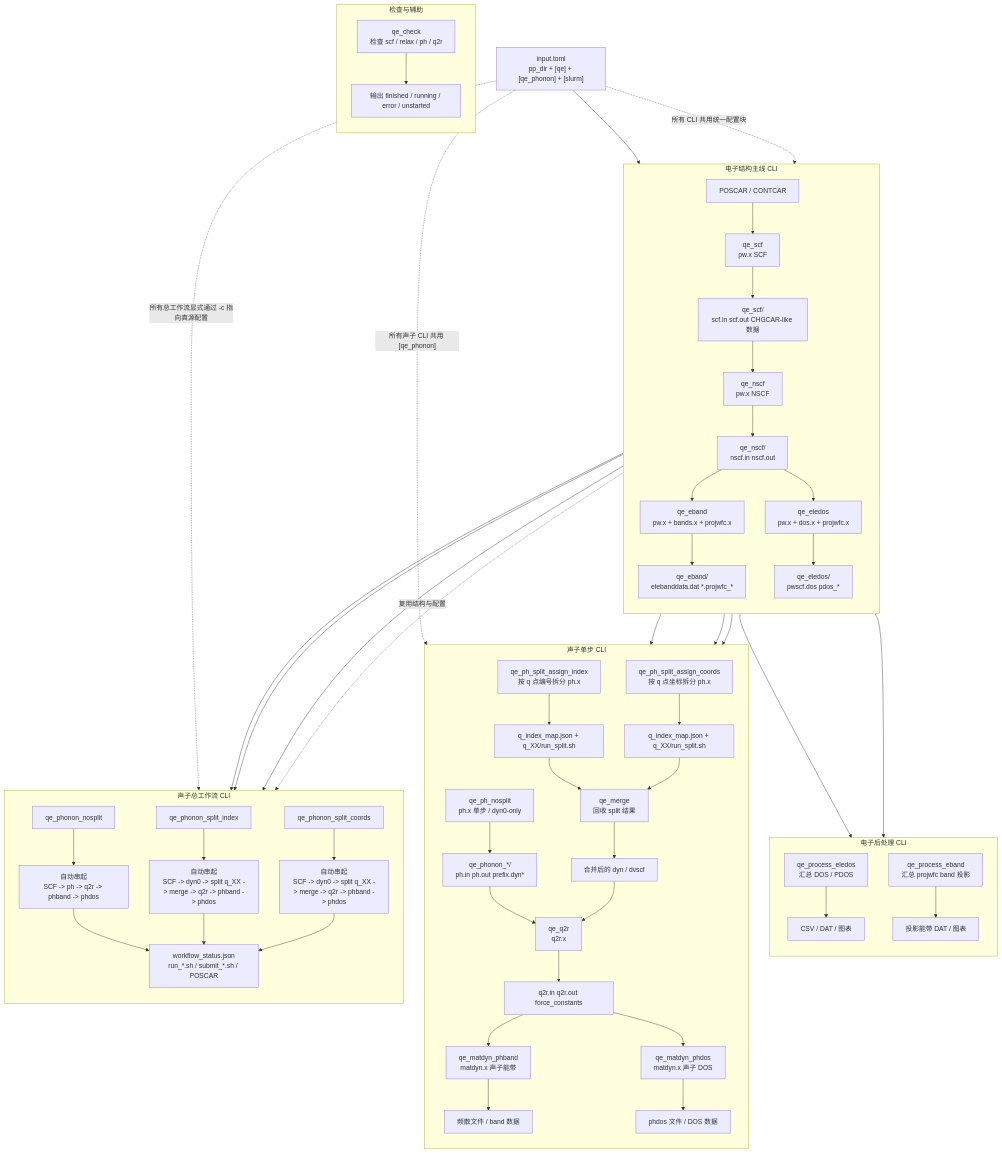
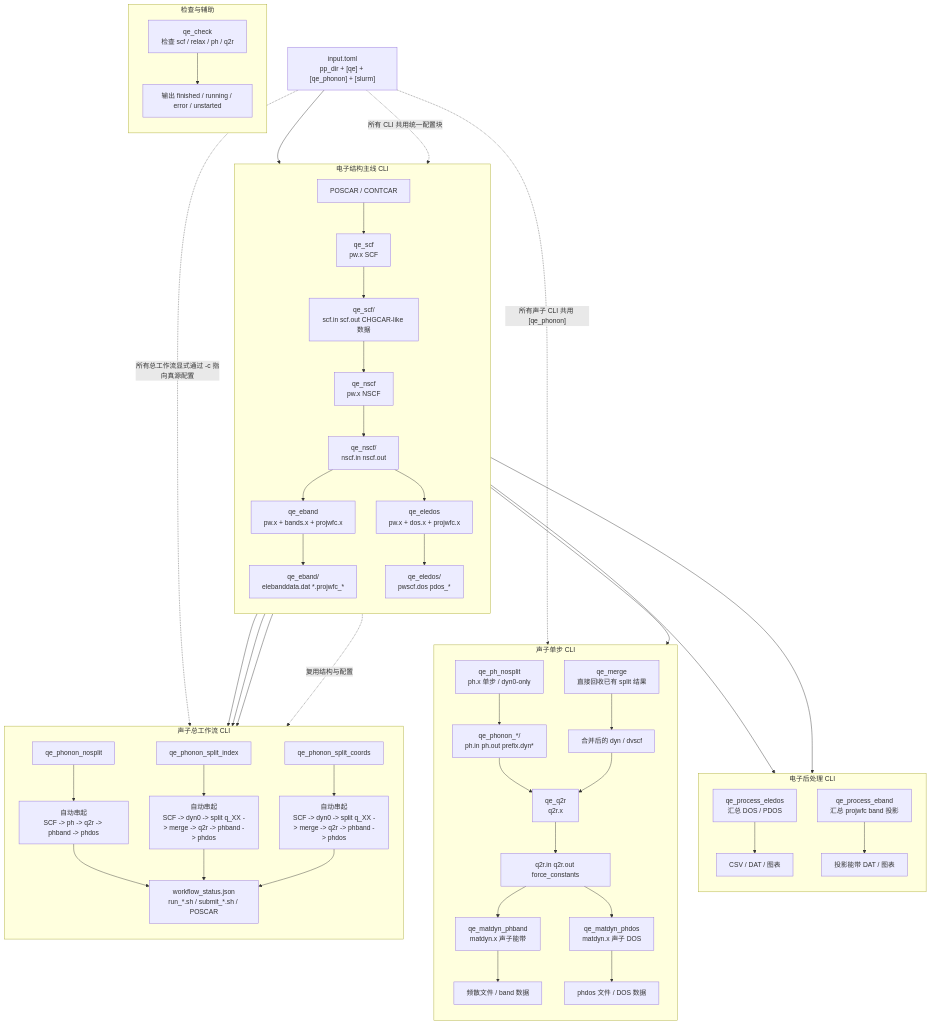
Before and after one commit to JLU-ICCMS-MaYuan/dftflow: the diagram in qeflow/qeflow-cli-flow.mmd, drawn with Mermaid. The commit also changed 13 other files, not shown here.

Commit message:
[2026-05-19 20:57:39] 重构：收敛 qe_phonon split merge 直执行

```diff
--- a/qeflow/qeflow-cli-flow.mmd
+++ b/qeflow/qeflow-cli-flow.mmd
@@ -1,74 +1,68 @@
 ---
 id: 9d23b8b8-8985-4c98-9f55-d7b4e3a87670
 ---
 flowchart TD
     A["input.toml<br/>pp_dir + [qe] + [qe_phonon] + [slurm]"] --> B["POSCAR / CONTCAR"]
 
     subgraph E0["电子结构主线 CLI"]
         direction TD
         B --> E1["qe_scf<br/>pw.x SCF"]
         E1 --> E1O["qe_scf/<br/>scf.in scf.out CHGCAR-like 数据"]
         E1O --> E2["qe_nscf<br/>pw.x NSCF"]
         E2 --> E2O["qe_nscf/<br/>nscf.in nscf.out"]
         E2O --> E3["qe_eband<br/>pw.x + bands.x + projwfc.x"]
         E3 --> E3O["qe_eband/<br/>elebanddata.dat *.projwfc_*"]
         E2O --> E4["qe_eledos<br/>pw.x + dos.x + projwfc.x"]
         E4 --> E4O["qe_eledos/<br/>pwscf.dos pdos_*"]
     end
 
     subgraph E5["电子后处理 CLI"]
         direction TD
         E4O --> E6["qe_process_eledos<br/>汇总 DOS / PDOS"]
         E6 --> E6O["CSV / DAT / 图表"]
         E3O --> E7["qe_process_eband<br/>汇总 projwfc band 投影"]
         E7 --> E7O["投影能带 DAT / 图表"]
     end
 
     subgraph P0["声子单步 CLI"]
         direction TD
         B --> P1["qe_ph_nosplit<br/>ph.x 单步 / dyn0-only"]
         P1 --> P1O["qe_phonon_*/<br/>ph.in ph.out prefix.dyn*"]
 
-        B --> P2["qe_ph_split_assign_index<br/>按 q 点编号拆分 ph.x"]
-        B --> P3["qe_ph_split_assign_coords<br/>按 q 点坐标拆分 ph.x"]
-        P2 --> P2O["q_index_map.json + q_XX/run_split.sh"]
-        P3 --> P3O["q_index_map.json + q_XX/run_split.sh"]
-
-        P2O --> P4["qe_merge<br/>回收 split 结果"]
-        P3O --> P4
+        P4["qe_merge<br/>直接回收已有 split 结果"]
         P4 --> P4O["合并后的 dyn / dvscf"]
 
         P1O --> P5["qe_q2r<br/>q2r.x"]
         P4O --> P5
         P5 --> P5O["q2r.in q2r.out force_constants"]
 
         P5O --> P6["qe_matdyn_phband<br/>matdyn.x 声子能带"]
         P5O --> P7["qe_matdyn_phdos<br/>matdyn.x 声子 DOS"]
         P6 --> P6O["频散文件 / band 数据"]
         P7 --> P7O["phdos 文件 / DOS 数据"]
     end
 
     subgraph P8["声子总工作流 CLI"]
         direction TD
         B --> W1["qe_phonon_nosplit"]
         B --> W2["qe_phonon_split_index"]
         B --> W3["qe_phonon_split_coords"]
 
         W1 --> W1S["自动串起<br/>SCF -> ph -> q2r -> phband -> phdos"]
         W2 --> W2S["自动串起<br/>SCF -> dyn0 -> split q_XX -> merge -> q2r -> phband -> phdos"]
         W3 --> W3S["自动串起<br/>SCF -> dyn0 -> split q_XX -> merge -> q2r -> phband -> phdos"]
 
         W1S --> WS["workflow_status.json<br/>run_*.sh / submit_*.sh / POSCAR"]
         W2S --> WS
         W3S --> WS
     end
 
     subgraph C0["检查与辅助"]
         direction TD
         C1["qe_check<br/>检查 scf / relax / ph / q2r"] --> C2["输出 finished / running / error / unstarted"]
     end
 
     E1O -. 复用结构与配置 .-> P8
     A -. 所有 CLI 共用统一配置块 .-> E0
     A -. 所有声子 CLI 共用 [qe_phonon] .-> P0
     A -. 所有总工作流显式通过 -c 指向真源配置 .-> P8
```
